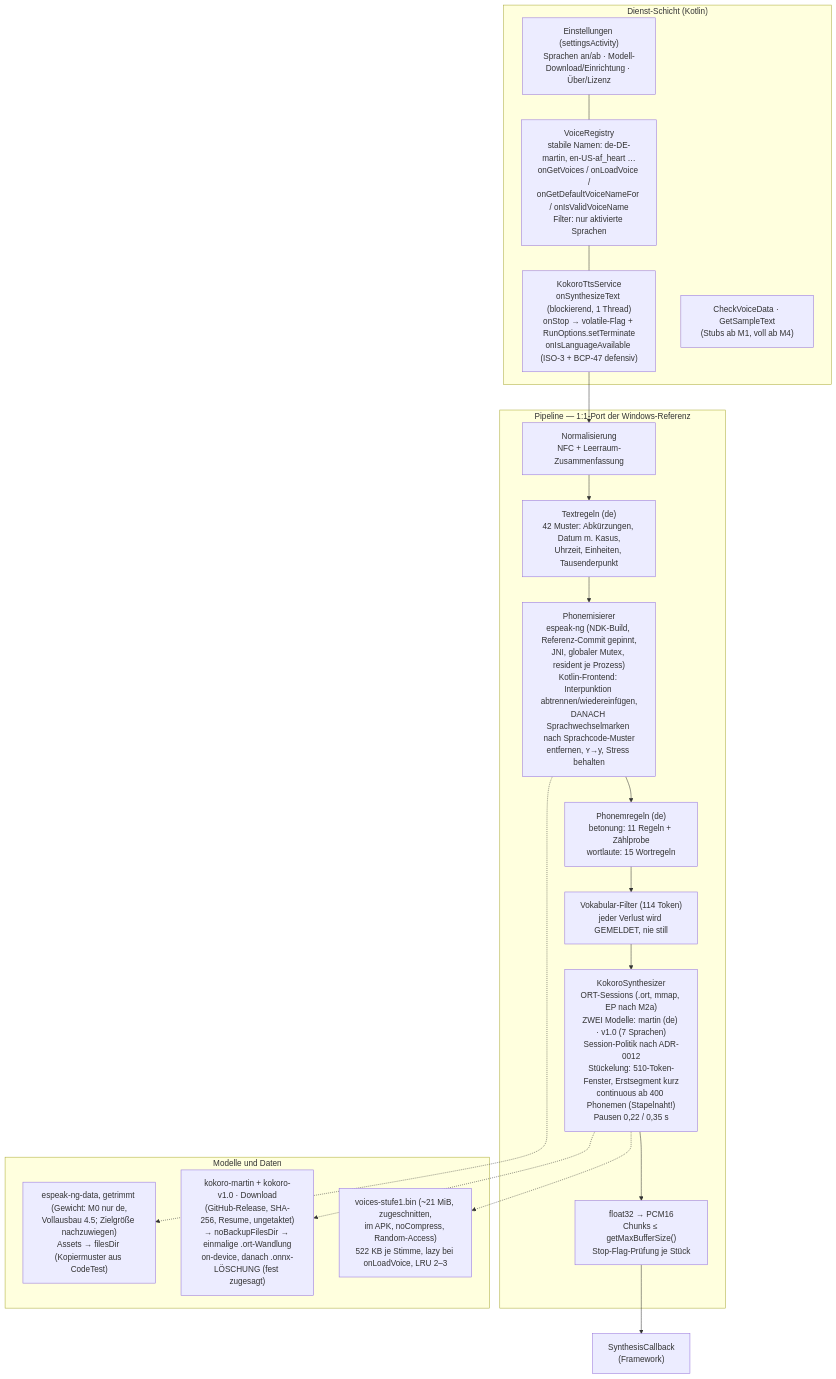
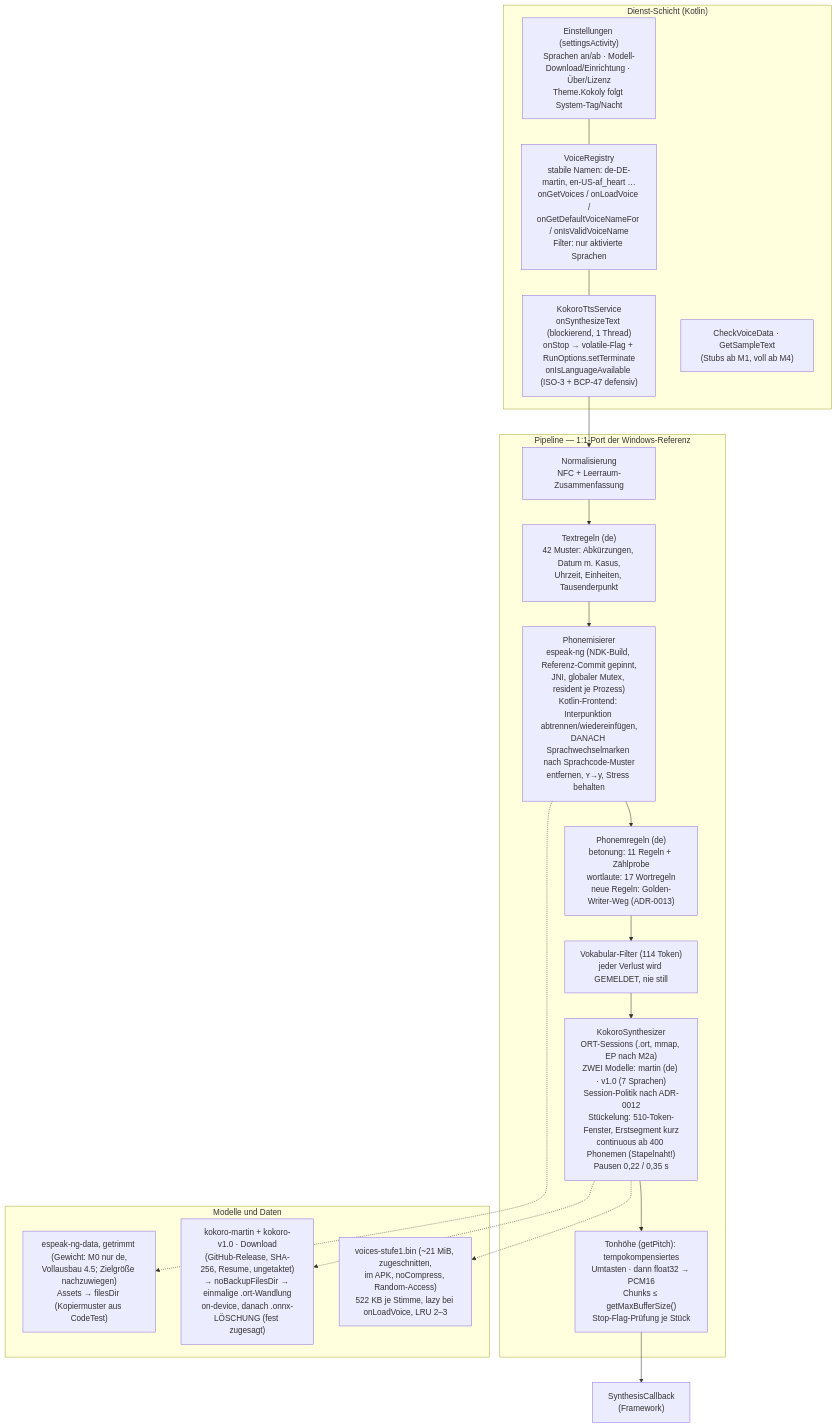
One commit to loom7/kokoly changed the second of 2 diagrams in docs/architektur.md. Above: the diagram before and after it, drawn with Mermaid. The commit also changed 22 other files, not shown here.

First line of the commit message:
feat: Nutzerfunde vor M5 — Synthese-Regel, Tag/Nacht, Tonhöhe (F2 revidiert)

````diff
--- a/docs/architektur.md
+++ b/docs/architektur.md
@@ -34,29 +34,29 @@
 ```mermaid
 flowchart TB
     subgraph SVC["Dienst-Schicht (Kotlin)"]
         TTS["KokoroTtsService<br/>onSynthesizeText (blockierend, 1 Thread)<br/>onStop → volatile-Flag + RunOptions.setTerminate<br/>onIsLanguageAvailable (ISO-3 + BCP-47 defensiv)"]
         REG["VoiceRegistry<br/>stabile Namen: de-DE-martin, en-US-af_heart …<br/>onGetVoices / onLoadVoice /<br/>onGetDefaultVoiceNameFor / onIsValidVoiceName<br/>Filter: nur aktivierte Sprachen"]
-        SET["Einstellungen (settingsActivity)<br/>Sprachen an/ab · Modell-Download/Einrichtung · Über/Lizenz"]
+        SET["Einstellungen (settingsActivity)<br/>Sprachen an/ab · Modell-Download/Einrichtung · Über/Lizenz<br/>Theme.Kokoly folgt System-Tag/Nacht"]
         CVD["CheckVoiceData · GetSampleText<br/>(Stubs ab M1, voll ab M4)"]
     end
     subgraph PIPE["Pipeline — 1:1-Port der Windows-Referenz"]
         NORM["Normalisierung<br/>NFC + Leerraum-Zusammenfassung"]
         TXT["Textregeln (de)<br/>42 Muster: Abkürzungen, Datum m. Kasus,<br/>Uhrzeit, Einheiten, Tausenderpunkt"]
         PHON["Phonemisierer<br/>espeak-ng (NDK-Build, Referenz-Commit gepinnt,<br/>JNI, globaler Mutex, resident je Prozess)<br/>Kotlin-Frontend: Interpunktion abtrennen/wiedereinfügen,<br/>DANACH Sprachwechselmarken nach Sprachcode-Muster<br/>entfernen, ʏ→y, Stress behalten"]
-        PR["Phonemregeln (de)<br/>betonung: 11 Regeln + Zählprobe<br/>wortlaute: 15 Wortregeln"]
+        PR["Phonemregeln (de)<br/>betonung: 11 Regeln + Zählprobe<br/>wortlaute: 17 Wortregeln<br/>neue Regeln: Golden-Writer-Weg (ADR-0013)"]
         VOC["Vokabular-Filter (114 Token)<br/>jeder Verlust wird GEMELDET, nie still"]
         KOK["KokoroSynthesizer<br/>ORT-Sessions (.ort, mmap, EP nach M2a)<br/>ZWEI Modelle: martin (de) · v1.0 (7 Sprachen)<br/>Session-Politik nach ADR-0012<br/>Stückelung: 510-Token-Fenster, Erstsegment kurz<br/>continuous ab 400 Phonemen (Stapelnaht!)<br/>Pausen 0,22 / 0,35 s"]
-        PCM["float32 → PCM16<br/>Chunks ≤ getMaxBufferSize()<br/>Stop-Flag-Prüfung je Stück"]
+        PCM["Tonhöhe (getPitch): tempokompensiertes<br/>Umtasten · dann float32 → PCM16<br/>Chunks ≤ getMaxBufferSize()<br/>Stop-Flag-Prüfung je Stück"]
     end
     subgraph DATA["Modelle und Daten"]
         ESPD["espeak-ng-data, getrimmt (Gewicht: M0 nur de,<br/>Vollausbau 4.5; Zielgröße nachzuwiegen)<br/>Assets → filesDir (Kopiermuster aus CodeTest)"]
         MODEL["kokoro-martin + kokoro-v1.0 · Download<br/>(GitHub-Release, SHA-256, Resume, ungetaktet)<br/>→ noBackupFilesDir → einmalige .ort-Wandlung<br/>on-device, danach .onnx-LÖSCHUNG (fest zugesagt)"]
         VOI["voices-stufe1.bin (~21 MiB, zugeschnitten,<br/>im APK, noCompress, Random-Access)<br/>522 KB je Stimme, lazy bei onLoadVoice, LRU 2–3"]
     end
     TTS --> NORM --> TXT --> PHON --> PR --> VOC --> KOK --> PCM --> CB["SynthesisCallback<br/>(Framework)"]
     REG --- TTS
     SET --- REG
     PHON -.-> ESPD
     KOK -.-> MODEL
     KOK -.-> VOI
 ```
````
